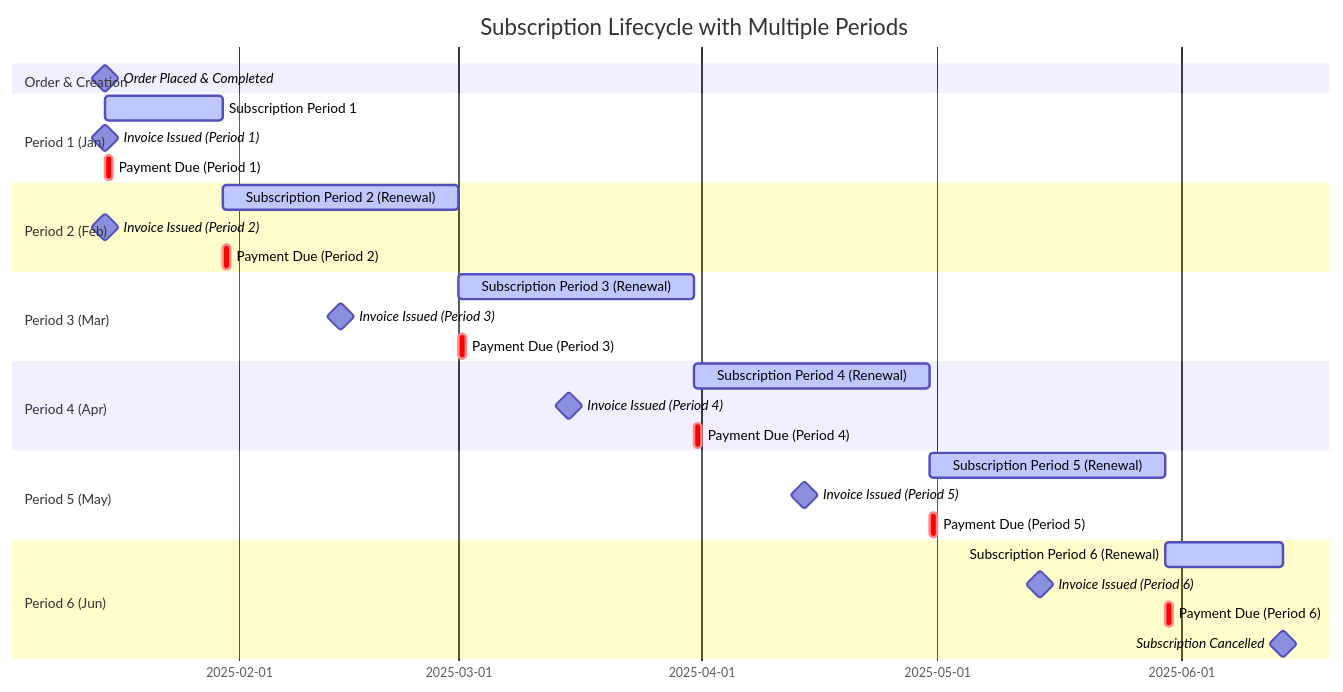
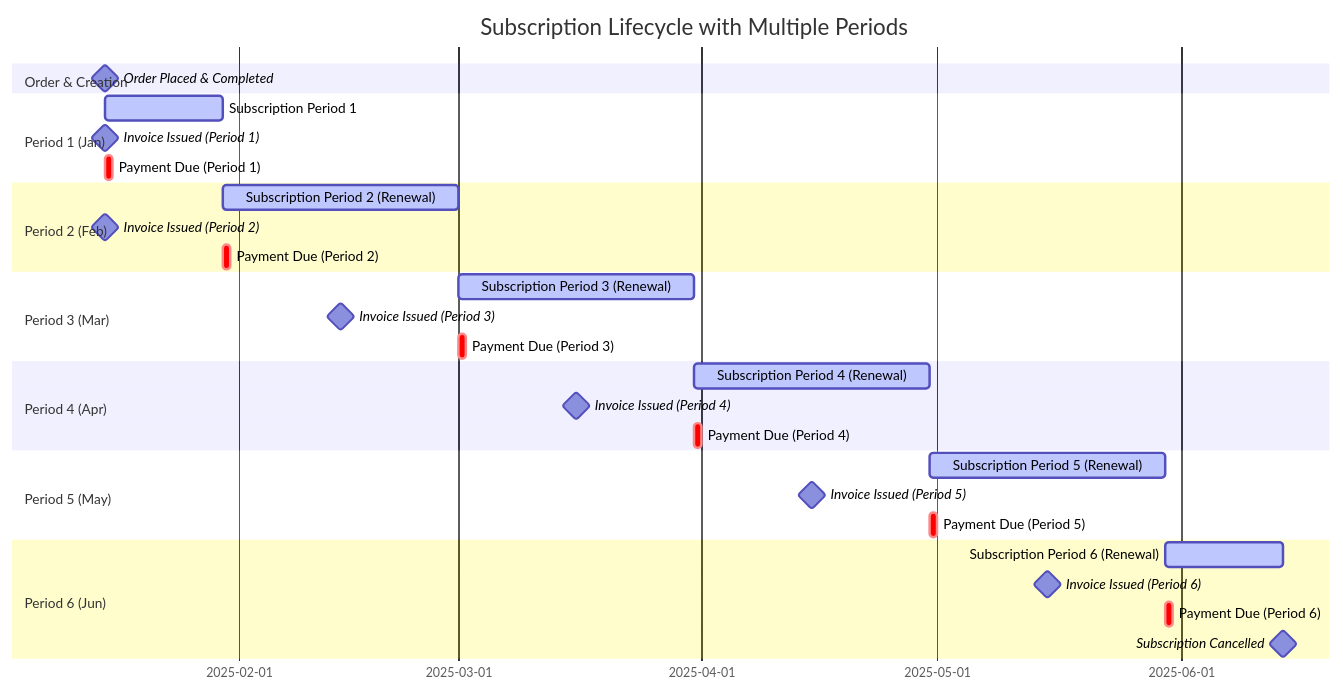
One commit to infosoftas/info-subscription-doc changed the first of 2 diagrams in source/subscription/lifecycle.rst. Above: the diagram before and after it, drawn with Mermaid.

Commit message:
Fix invoice dates in lifecycle diagram for 15-day advance billing consistency

```diff
--- a/source/subscription/lifecycle.rst
+++ b/source/subscription/lifecycle.rst
@@ -65,39 +65,39 @@
 .. mermaid::
 
     gantt
         title Subscription Lifecycle with Multiple Periods
         dateFormat  YYYY-MM-DD
         
         section Order & Creation
             Order Placed & Completed   :milestone, order, 2025-01-15, 0d
             
         section Period 1 (Jan)
             Subscription Period 1   :active, period1, 2025-01-15, 15d
             Invoice Issued (Period 1)   :milestone, inv1, 2025-01-15, 0d
             Payment Due (Period 1)   :crit, due1, 2025-01-15, 1d
             
         section Period 2 (Feb)
             Subscription Period 2 (Renewal)   :active, period2, 2025-01-30, 30d
             Invoice Issued (Period 2)   :milestone, inv2, 2025-01-15, 0d
             Payment Due (Period 2)   :crit, due2, 2025-01-30, 1d
             
         section Period 3 (Mar)
             Subscription Period 3 (Renewal)   :active, period3, 2025-03-01, 30d
             Invoice Issued (Period 3)   :milestone, inv3, 2025-02-14, 0d
             Payment Due (Period 3)   :crit, due3, 2025-03-01, 1d
             
         section Period 4 (Apr)
             Subscription Period 4 (Renewal)   :active, period4, 2025-03-31, 30d
-            Invoice Issued (Period 4)   :milestone, inv4, 2025-03-15, 0d
+            Invoice Issued (Period 4)   :milestone, inv4, 2025-03-16, 0d
             Payment Due (Period 4)   :crit, due4, 2025-03-31, 1d
             
         section Period 5 (May)
             Subscription Period 5 (Renewal)   :active, period5, 2025-04-30, 30d
-            Invoice Issued (Period 5)   :milestone, inv5, 2025-04-14, 0d
+            Invoice Issued (Period 5)   :milestone, inv5, 2025-04-15, 0d
             Payment Due (Period 5)   :crit, due5, 2025-04-30, 1d
             
         section Period 6 (Jun)
             Subscription Period 6 (Renewal)   :active, period6, 2025-05-30, 15d
-            Invoice Issued (Period 6)   :milestone, inv6, 2025-05-14, 0d
+            Invoice Issued (Period 6)   :milestone, inv6, 2025-05-15, 0d
             Payment Due (Period 6)   :crit, due6, 2025-05-30, 1d
             Subscription Cancelled   :milestone, cancel, 2025-06-14, 0d
```
